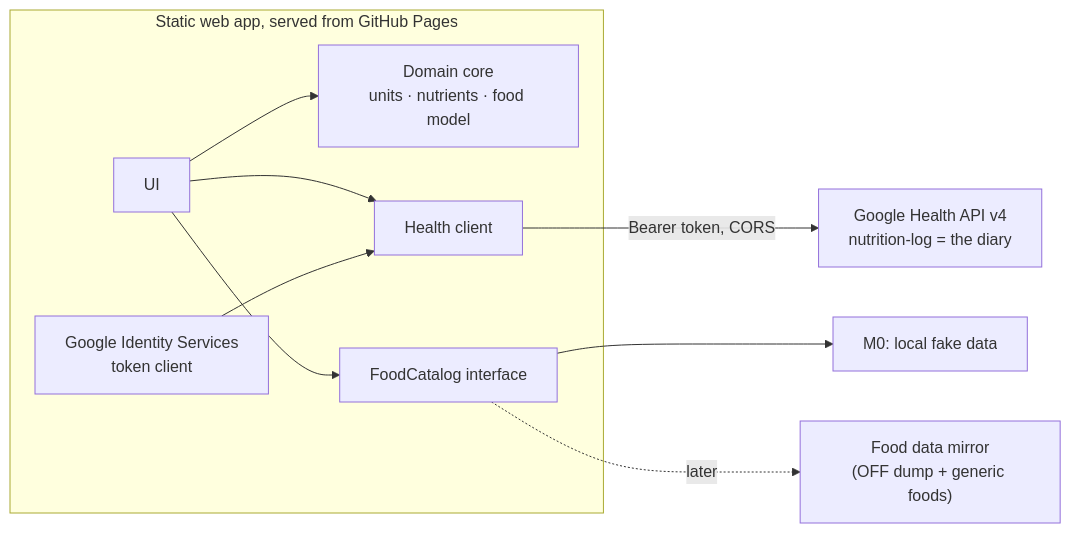
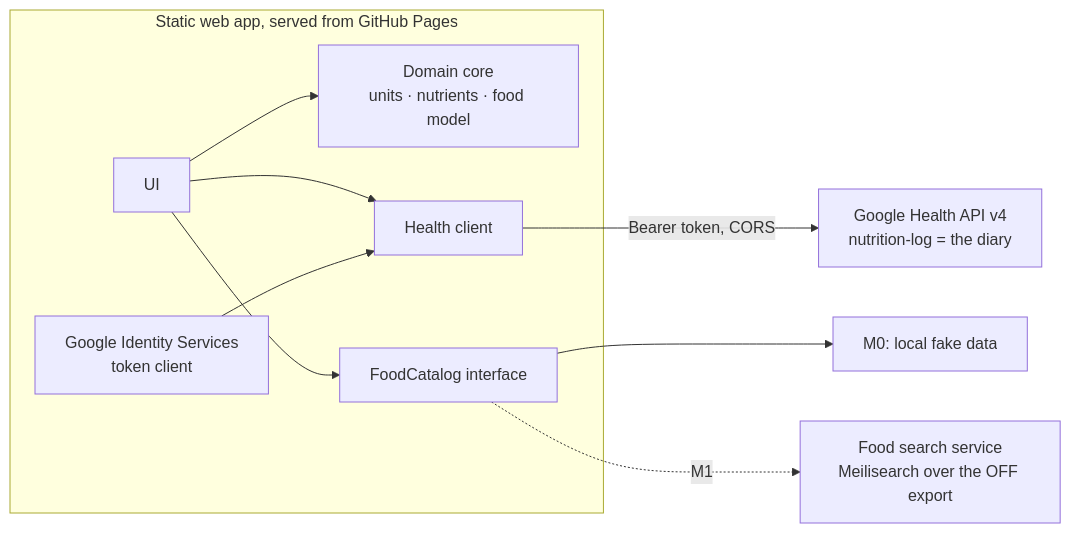
The diagram in docs/ARCHITECTURE.md (Froussios/fitbit-nutrition-portal), drawn with Mermaid before and after one commit. The commit also changed other lines of this file and 4 other files, not shown here.

First line of the commit message:
Design food search: fuzzy search-as-you-type over Open Food Facts

````diff
--- a/docs/ARCHITECTURE.md
+++ b/docs/ARCHITECTURE.md
@@ -40,12 +40,12 @@
 ```mermaid
 flowchart LR
   subgraph Browser["Static web app, served from GitHub Pages"]
     UI["UI"] --> Core["Domain core<br/>units · nutrients · food model"]
     UI --> HC["Health client"]
     UI --> FC["FoodCatalog interface"]
     Auth["Google Identity Services<br/>token client"] --> HC
   end
   HC -- "Bearer token, CORS" --> GHAPI["Google Health API v4<br/>nutrition-log = the diary"]
   FC --> Fake["M0: local fake data"]
-  FC -. "later" .-> Mirror["Food data mirror<br/>(OFF dump + generic foods)"]
+  FC -. "M1" .-> Search["Food search service<br/>Meilisearch over the OFF export"]
 ```
````
